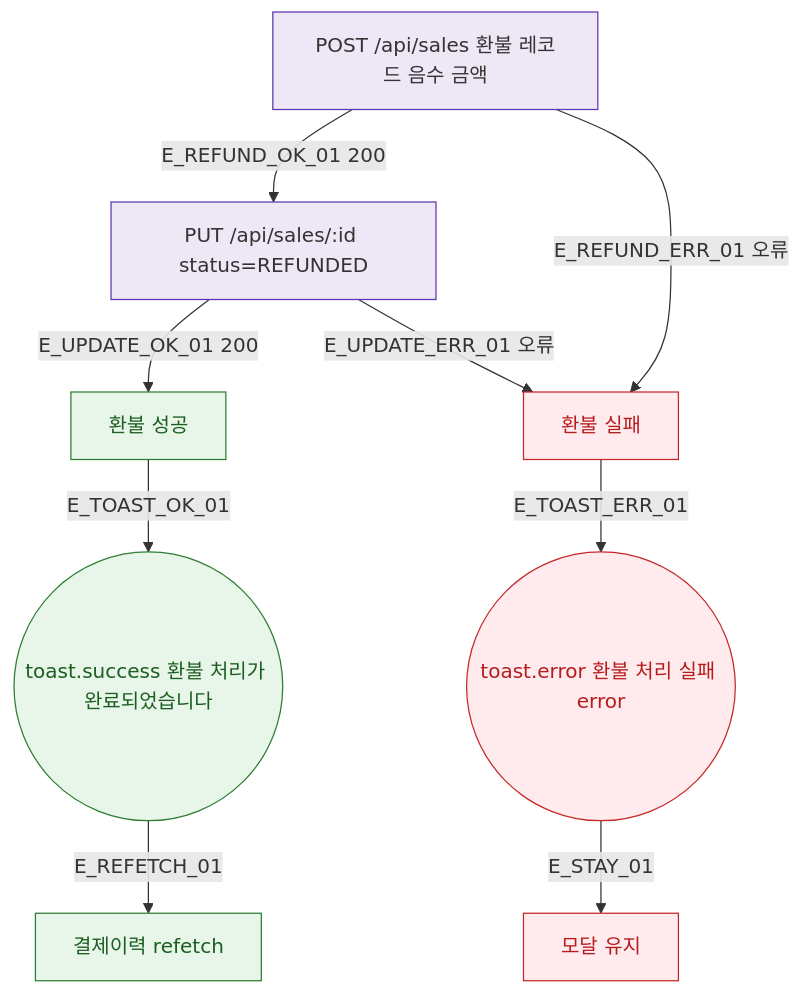
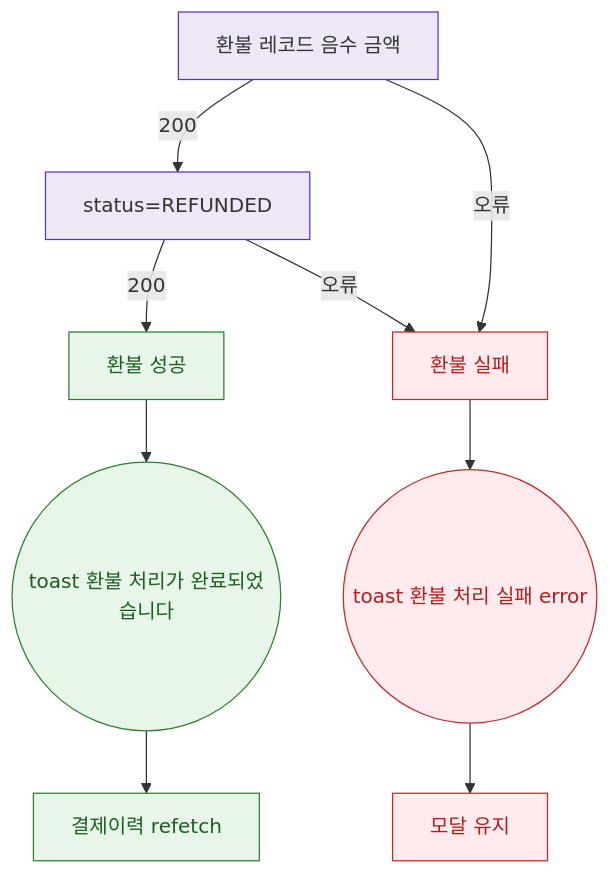
The diagram in docs/다이어그램/D02_회원관리/DLG/DLG-M013_환불처리/M3_결과분기.md (dev-spogym/admin-pando), drawn with Mermaid before and after one commit. The commit also changed other lines of this file and 1660 other files, not shown here.

First line of the commit message:
다이어그램: 기획자/클라이언트 납품본으로 정리

````diff
--- a/docs/다이어그램/D02_회원관리/DLG/DLG-M013_환불처리/M3_결과분기.md
+++ b/docs/다이어그램/D02_회원관리/DLG/DLG-M013_환불처리/M3_결과분기.md
@@ -22,24 +20,24 @@
 ```mermaid
 flowchart TD
-  API_REFUND[POST /api/sales 환불 레코드 음수 금액]
-  API_UPDATE[PUT /api/sales/:id status=REFUNDED]
+  API_REFUND[환불 레코드 음수 금액]
+  API_UPDATE[status=REFUNDED]
 
-  API_REFUND -->|E_REFUND_OK_01 200| API_UPDATE
-  API_UPDATE -->|E_UPDATE_OK_01 200| SUCCESS[환불 성공]
-  API_REFUND -->|E_REFUND_ERR_01 오류| FAIL[환불 실패]
-  API_UPDATE -->|E_UPDATE_ERR_01 오류| FAIL
+  API_REFUND -->|200|API_UPDATE
+  API_UPDATE -->|200|SUCCESS[환불 성공]
+  API_REFUND -->|오류|FAIL[환불 실패]
+  API_UPDATE -->|오류|FAIL
 
-  SUCCESS -->|E_TOAST_OK_01| TOAST_OK((toast.success 환불 처리가 완료되었습니다))
-  TOAST_OK -->|E_REFETCH_01| REFETCH[결제이력 refetch]
+  SUCCESS --> TOAST_OK((toast 환불 처리가 완료되었습니다))
+  TOAST_OK --> REFETCH[결제이력 refetch]
 
-  FAIL -->|E_TOAST_ERR_01| TOAST_ERR((toast.error 환불 처리 실패 error))
-  TOAST_ERR -->|E_STAY_01| MODAL_STAY[모달 유지]
+  FAIL --> TOAST_ERR((toast 환불 처리 실패 error))
+  TOAST_ERR --> MODAL_STAY[모달 유지]
 
   classDef success fill:#E8F5E9,stroke:#2E7D32,color:#1B5E20
-  classDef error   fill:#FFEBEE,stroke:#C62828,color:#B71C1C
-  classDef system  fill:#EDE7F6,stroke:#5E35B2
+  classDef error fill:#FFEBEE,stroke:#C62828,color:#B71C1C
+  classDef system fill:#EDE7F6,stroke:#5E35B2
 
   class SUCCESS,TOAST_OK,REFETCH success
   class FAIL,TOAST_ERR,MODAL_STAY error
   class API_REFUND,API_UPDATE system
 ```
````
